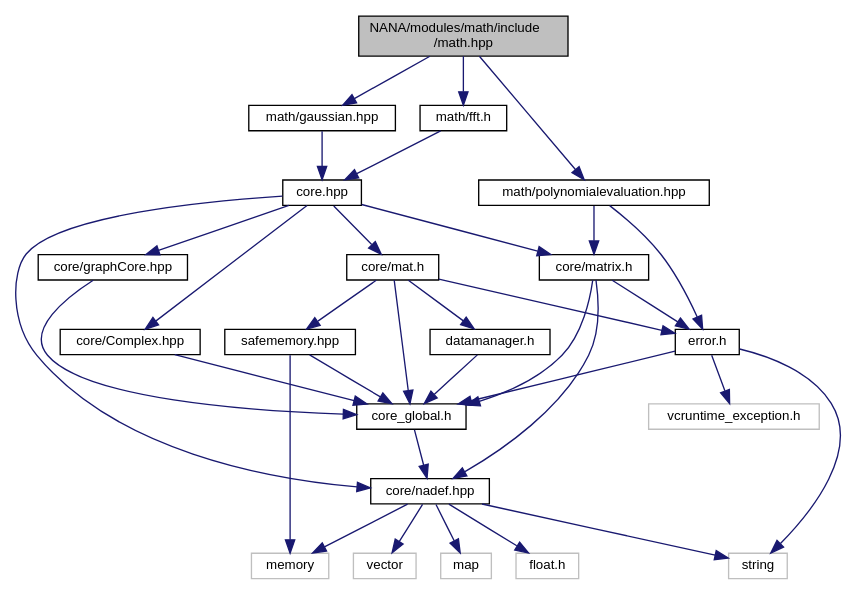
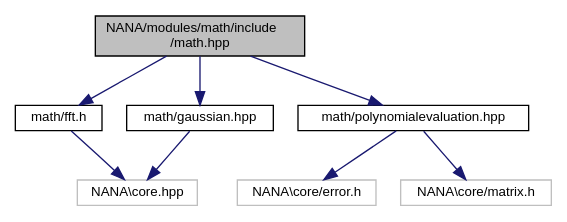
Before and after one commit to YuruTu/NANA: the diagram in docs/math_8hpp__incl.dot, drawn with Graphviz. The commit also changed 216 other files, not shown here.

```diff
--- a/docs/math_8hpp__incl.dot
+++ b/docs/math_8hpp__incl.dot
@@ -1,59 +1,20 @@
 digraph "NANA/modules/math/include/math.hpp"
 {
  // LATEX_PDF_SIZE
   edge [fontname="Helvetica",fontsize="10",labelfontname="Helvetica",labelfontsize="10"];
   node [fontname="Helvetica",fontsize="10",shape=record];
   Node1 [label="NANA/modules/math/include\l/math.hpp",height=0.2,width=0.4,color="black", fillcolor="grey75", style="filled", fontcolor="black",tooltip="实现基本的数学运算"];
   Node1 -> Node2 [color="midnightblue",fontsize="10",style="solid",fontname="Helvetica"];
   Node2 [label="math/fft.h",height=0.2,width=0.4,color="black", fillcolor="white", style="filled",URL="$fft_8h.html",tooltip="实现傅里叶变换相关算法"];
   Node2 -> Node3 [color="midnightblue",fontsize="10",style="solid",fontname="Helvetica"];
-  Node3 [label="core.hpp",height=0.2,width=0.4,color="black", fillcolor="white", style="filled",URL="$core_8hpp.html",tooltip="包含基本的数据结构等"];
-  Node3 -> Node4 [color="midnightblue",fontsize="10",style="solid",fontname="Helvetica"];
-  Node4 [label="core/nadef.hpp",height=0.2,width=0.4,color="black", fillcolor="white", style="filled",URL="$nadef_8hpp.html",tooltip="数值分析所依赖的定义"];
-  Node4 -> Node5 [color="midnightblue",fontsize="10",style="solid",fontname="Helvetica"];
-  Node5 [label="vector",height=0.2,width=0.4,color="grey75", fillcolor="white", style="filled",tooltip=" "];
-  Node4 -> Node6 [color="midnightblue",fontsize="10",style="solid",fontname="Helvetica"];
-  Node6 [label="string",height=0.2,width=0.4,color="grey75", fillcolor="white", style="filled",tooltip=" "];
-  Node4 -> Node7 [color="midnightblue",fontsize="10",style="solid",fontname="Helvetica"];
-  Node7 [label="map",height=0.2,width=0.4,color="grey75", fillcolor="white", style="filled",tooltip=" "];
-  Node4 -> Node8 [color="midnightblue",fontsize="10",style="solid",fontname="Helvetica"];
-  Node8 [label="memory",height=0.2,width=0.4,color="grey75", fillcolor="white", style="filled",tooltip=" "];
-  Node4 -> Node9 [color="midnightblue",fontsize="10",style="solid",fontname="Helvetica"];
-  Node9 [label="float.h",height=0.2,width=0.4,color="grey75", fillcolor="white", style="filled",tooltip=" "];
-  Node3 -> Node10 [color="midnightblue",fontsize="10",style="solid",fontname="Helvetica"];
-  Node10 [label="core/Complex.hpp",height=0.2,width=0.4,color="black", fillcolor="white", style="filled",URL="$_complex_8hpp.html",tooltip="实现复数及其运算"];
-  Node10 -> Node11 [color="midnightblue",fontsize="10",style="solid",fontname="Helvetica"];
-  Node11 [label="core_global.h",height=0.2,width=0.4,color="black", fillcolor="white", style="filled",URL="$core__global_8h.html",tooltip="全局头文件"];
-  Node11 -> Node4 [color="midnightblue",fontsize="10",style="solid",fontname="Helvetica"];
-  Node3 -> Node12 [color="midnightblue",fontsize="10",style="solid",fontname="Helvetica"];
-  Node12 [label="core/graphCore.hpp",height=0.2,width=0.4,color="black", fillcolor="white", style="filled",URL="$graph_core_8hpp.html",tooltip="为图论算法实现的基本数据结构"];
-  Node12 -> Node11 [color="midnightblue",fontsize="10",style="solid",fontname="Helvetica"];
-  Node3 -> Node13 [color="midnightblue",fontsize="10",style="solid",fontname="Helvetica"];
-  Node13 [label="core/matrix.h",height=0.2,width=0.4,color="black", fillcolor="white", style="filled",URL="$matrix_8h.html",tooltip="1.简单矩阵类Matrix(效率不高，但易于理解，很多时候会触发复制构造函数)，不同于Mat 2.SpareMatrix 稀疏矩阵 3.CMatrix 复数矩阵"];
-  Node13 -> Node11 [color="midnightblue",fontsize="10",style="solid",fontname="Helvetica"];
-  Node13 -> Node14 [color="midnightblue",fontsize="10",style="solid",fontname="Helvetica"];
-  Node14 [label="error.h",height=0.2,width=0.4,color="black", fillcolor="white", style="filled",URL="$error_8h.html",tooltip="用于抛出异常，移植自OpenCV"];
-  Node14 -> Node11 [color="midnightblue",fontsize="10",style="solid",fontname="Helvetica"];
-  Node14 -> Node15 [color="midnightblue",fontsize="10",style="solid",fontname="Helvetica"];
-  Node15 [label="vcruntime_exception.h",height=0.2,width=0.4,color="grey75", fillcolor="white", style="filled",tooltip=" "];
-  Node14 -> Node6 [color="midnightblue",fontsize="10",style="solid",fontname="Helvetica"];
-  Node13 -> Node4 [color="midnightblue",fontsize="10",style="solid",fontname="Helvetica"];
-  Node3 -> Node16 [color="midnightblue",fontsize="10",style="solid",fontname="Helvetica"];
-  Node16 [label="core/mat.h",height=0.2,width=0.4,color="black", fillcolor="white", style="filled",URL="$mat_8h.html",tooltip="实现一个用于矩阵运算的模板类(仍在实现当中)"];
-  Node16 -> Node11 [color="midnightblue",fontsize="10",style="solid",fontname="Helvetica"];
-  Node16 -> Node14 [color="midnightblue",fontsize="10",style="solid",fontname="Helvetica"];
-  Node16 -> Node17 [color="midnightblue",fontsize="10",style="solid",fontname="Helvetica"];
-  Node17 [label="datamanager.h",height=0.2,width=0.4,color="black", fillcolor="white", style="filled",URL="$datamanager_8h.html",tooltip="实现一个数据管理器"];
-  Node17 -> Node11 [color="midnightblue",fontsize="10",style="solid",fontname="Helvetica"];
-  Node16 -> Node18 [color="midnightblue",fontsize="10",style="solid",fontname="Helvetica"];
-  Node18 [label="safememory.hpp",height=0.2,width=0.4,color="black", fillcolor="white", style="filled",URL="$safememory_8hpp.html",tooltip="实现安全的内存管理"];
-  Node18 -> Node11 [color="midnightblue",fontsize="10",style="solid",fontname="Helvetica"];
-  Node18 -> Node8 [color="midnightblue",fontsize="10",style="solid",fontname="Helvetica"];
-  Node1 -> Node19 [color="midnightblue",fontsize="10",style="solid",fontname="Helvetica"];
-  Node19 [label="math/gaussian.hpp",height=0.2,width=0.4,color="black", fillcolor="white", style="filled",URL="$gaussian_8hpp.html",tooltip="实现高斯相关的算法"];
-  Node19 -> Node3 [color="midnightblue",fontsize="10",style="solid",fontname="Helvetica"];
-  Node1 -> Node20 [color="midnightblue",fontsize="10",style="solid",fontname="Helvetica"];
-  Node20 [label="math/polynomialevaluation.hpp",height=0.2,width=0.4,color="black", fillcolor="white", style="filled",URL="$polynomialevaluation_8hpp.html",tooltip="实现多项式的求值"];
-  Node20 -> Node14 [color="midnightblue",fontsize="10",style="solid",fontname="Helvetica"];
-  Node20 -> Node13 [color="midnightblue",fontsize="10",style="solid",fontname="Helvetica"];
+  Node3 [label="NANA\\core.hpp",height=0.2,width=0.4,color="grey75", fillcolor="white", style="filled",tooltip=" "];
+  Node1 -> Node4 [color="midnightblue",fontsize="10",style="solid",fontname="Helvetica"];
+  Node4 [label="math/gaussian.hpp",height=0.2,width=0.4,color="black", fillcolor="white", style="filled",URL="$gaussian_8hpp.html",tooltip="实现高斯相关的算法"];
+  Node4 -> Node3 [color="midnightblue",fontsize="10",style="solid",fontname="Helvetica"];
+  Node1 -> Node5 [color="midnightblue",fontsize="10",style="solid",fontname="Helvetica"];
+  Node5 [label="math/polynomialevaluation.hpp",height=0.2,width=0.4,color="black", fillcolor="white", style="filled",URL="$polynomialevaluation_8hpp.html",tooltip="实现多项式的求值"];
+  Node5 -> Node6 [color="midnightblue",fontsize="10",style="solid",fontname="Helvetica"];
+  Node6 [label="NANA\\core/error.h",height=0.2,width=0.4,color="grey75", fillcolor="white", style="filled",tooltip=" "];
+  Node5 -> Node7 [color="midnightblue",fontsize="10",style="solid",fontname="Helvetica"];
+  Node7 [label="NANA\\core/matrix.h",height=0.2,width=0.4,color="grey75", fillcolor="white", style="filled",tooltip=" "];
 }
```
